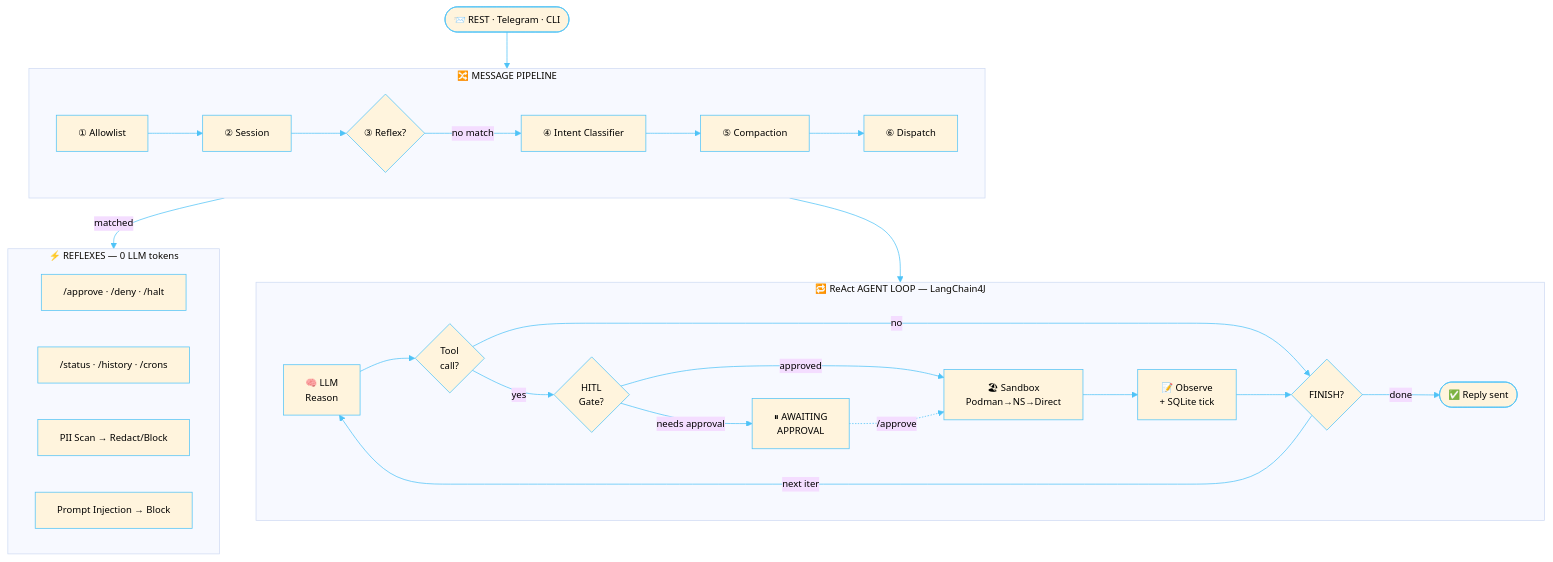
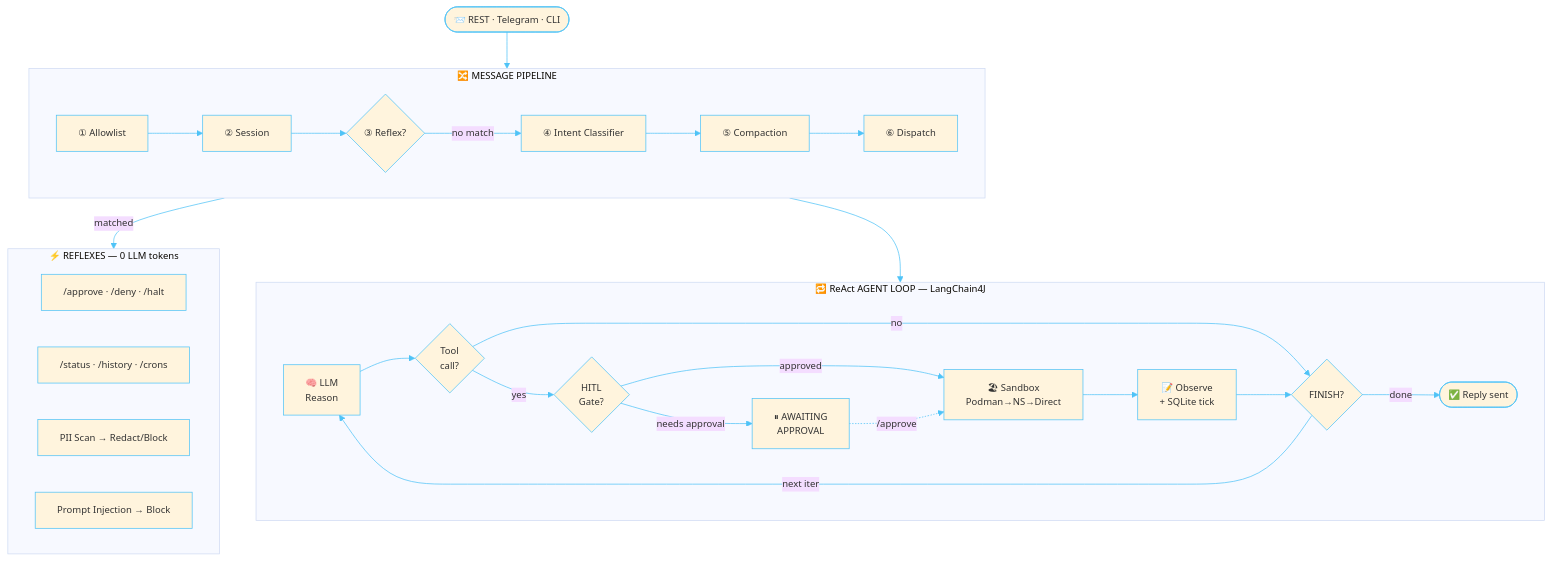
One commit to rsrini7/AmshaAgent changed the first of 8 diagrams in README.md. Above: the diagram before and after it, drawn with Mermaid. The commit also changed other lines of this file, not shown here.

Commit message:
docs: remove primaryTextColor from mermaid theme variables

````diff
--- a/README.md
+++ b/README.md
@@ -68,52 +68,52 @@
 ```mermaid
-%%{init: {'theme': 'base', 'themeVariables': {'primaryTextColor': '#000000','primaryBorderColor': '#4fc3f7', 'lineColor': '#4fc3f7', 'activationBorderColor': '#4fc3f7', 'actorBorder': '#4fc3f7', 'actorLineColor': '#4fc3f7','labelBoxBorderColor': '#0b0c0cff', 'noteBorderColor': '#81c784', 'fontSize': '13px'}}}%%
+%%{init: {'theme': 'base', 'themeVariables': {'primaryBorderColor': '#4fc3f7', 'lineColor': '#4fc3f7', 'activationBorderColor': '#4fc3f7', 'actorBorder': '#4fc3f7', 'actorLineColor': '#4fc3f7','labelBoxBorderColor': '#0b0c0cff', 'noteBorderColor': '#81c784', 'fontSize': '13px'}}}%%
 flowchart TD
 
     IN(["📨 REST · Telegram · CLI"]):::entry
 
     subgraph PIPELINE["🔀 MESSAGE PIPELINE"]
         direction LR
         P1["① Allowlist"]:::handler
         P2["② Session"]:::handler
         P3{"③ Reflex?"}:::decision
         P4["④ Intent Classifier"]:::handler
         P5["⑤ Compaction"]:::handler
         P6["⑥ Dispatch"]:::handler
     end
 
     subgraph REFLEXES["⚡ REFLEXES — 0 LLM tokens"]
         direction LR
         R1["/approve · /deny · /halt"]:::reflexOut
         R2["/status · /history · /crons"]:::reflexOut
         R3["PII Scan → Redact/Block"]:::reflexOut
         R4["Prompt Injection → Block"]:::reflexOut
     end
 
     subgraph REACT["🔁 ReAct AGENT LOOP — LangChain4J"]
         direction LR
         L1["🧠 LLM<br/>Reason"]:::loop
         L2{"Tool<br/>call?"}:::decision
         L3{"HITL<br/>Gate?"}:::decision
         L4["⏸ AWAITING<br/>APPROVAL"]:::approval
         L5["🏖 Sandbox<br/>Podman→NS→Direct"]:::sandbox
         L6["📝 Observe<br/>+ SQLite tick"]:::loop
         L7{"FINISH?"}:::decision
         L8(["✅ Reply sent"]):::result
     end
 
     IN --> PIPELINE
     P1 --> P2 --> P3
     P3 -->|"matched"| REFLEXES
     P3 -->|"no match"| P4 --> P5 --> P6
 
     P6 --> REACT
     L1 --> L2
     L2 -->|"no"| L7
     L2 -->|"yes"| L3
     L3 -->|"approved"| L5
     L3 -->|"needs approval"| L4
     L4 -.->|"/approve"| L5
     L5 --> L6 --> L7
     L7 -->|"next iter"| L1
     L7 -->|"done"| L8
 ```
````
